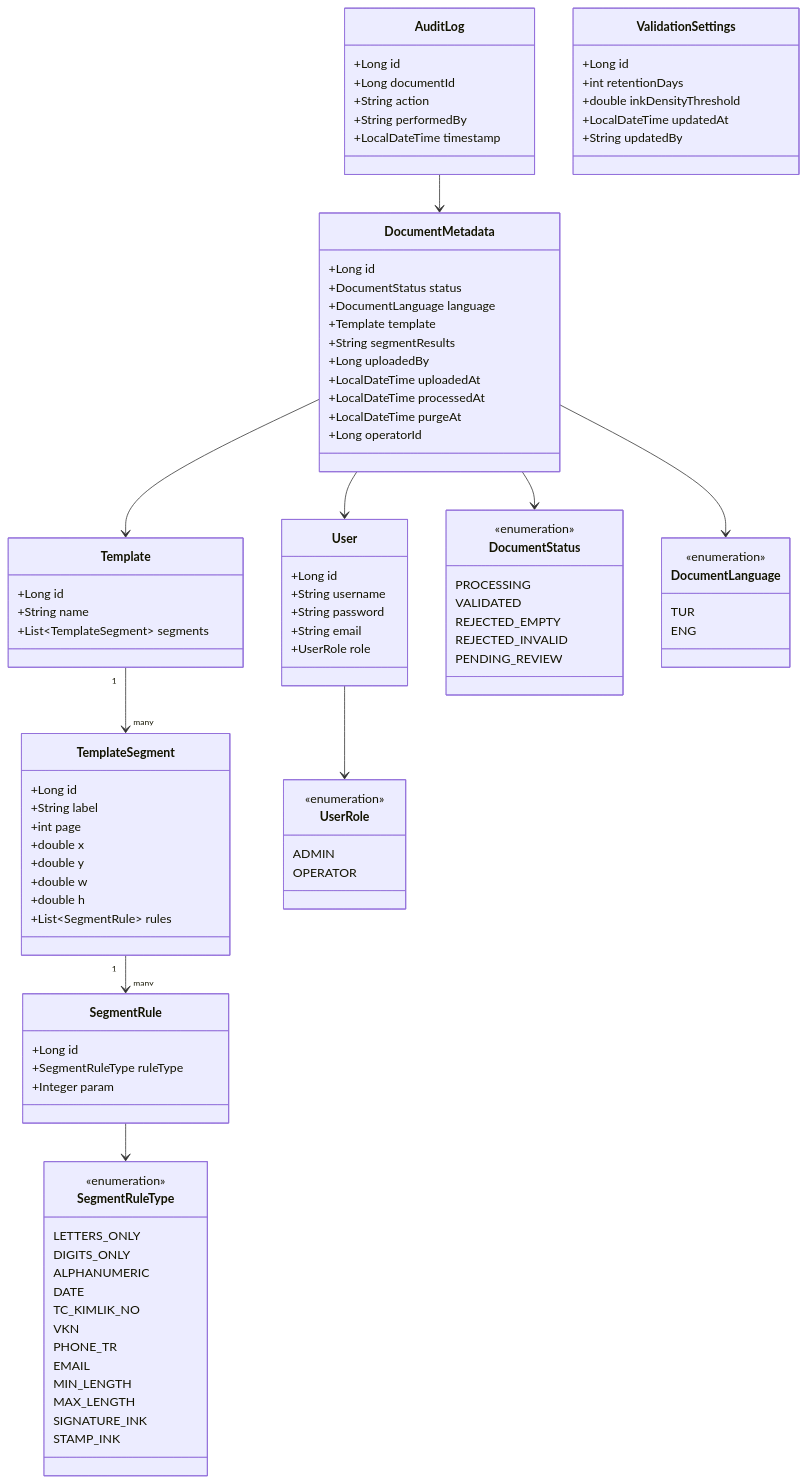
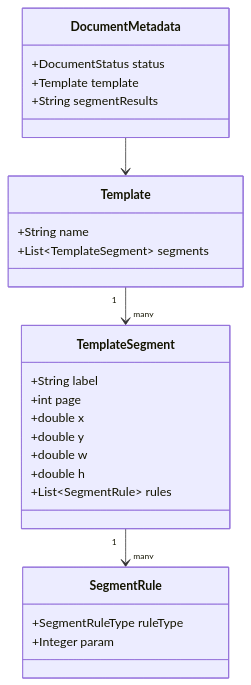
The third of 4 diagrams in SDD.md (pelinevleksiz/validdoc), drawn with Mermaid before and after one commit. The commit also changed other lines of this file and 41 other files, not shown here.

Commit message:
refactor: replace weighted template-free/templated validation with an immutable, multi-page, segment-and-rule-based template model, removing email notifications in the process

````diff
--- a/SDD.md
+++ b/SDD.md
@@ -60,31 +43,15 @@
 ```mermaid
 classDiagram
-    class User {
-        +Long id
-        +String username
-        +String password
-        +String email
-        +UserRole role
-    }
     class DocumentMetadata {
-        +Long id
         +DocumentStatus status
-        +DocumentLanguage language
         +Template template
         +String segmentResults
-        +Long uploadedBy
-        +LocalDateTime uploadedAt
-        +LocalDateTime processedAt
-        +LocalDateTime purgeAt
-        +Long operatorId
     }
     class Template {
-        +Long id
         +String name
         +List~TemplateSegment~ segments
     }
     class TemplateSegment {
-        +Long id
         +String label
         +int page
         +double x
@@ -94,64 +61,10 @@
         +List~SegmentRule~ rules
     }
     class SegmentRule {
-        +Long id
         +SegmentRuleType ruleType
         +Integer param
     }
-    class AuditLog {
-        +Long id
-        +Long documentId
-        +String action
-        +String performedBy
-        +LocalDateTime timestamp
-    }
-    class UserRole {
-        <<enumeration>>
-        ADMIN
-        OPERATOR
-    }
-    class DocumentStatus {
-        <<enumeration>>
-        PROCESSING
-        VALIDATED
-        REJECTED_EMPTY
-        REJECTED_INVALID
-        PENDING_REVIEW
-    }
-    class SegmentRuleType {
-        <<enumeration>>
-        LETTERS_ONLY
-        DIGITS_ONLY
-        ALPHANUMERIC
-        DATE
-        TC_KIMLIK_NO
-        VKN
-        PHONE_TR
-        EMAIL
-        MIN_LENGTH
-        MAX_LENGTH
-        SIGNATURE_INK
-        STAMP_INK
-    }
-    class DocumentLanguage {
-        <<enumeration>>
-        TUR
-        ENG
-    }
-    class ValidationSettings {
-        +Long id
-        +int retentionDays
-        +double inkDensityThreshold
-        +LocalDateTime updatedAt
-        +String updatedBy
-    }
-    User --> UserRole
-    DocumentMetadata --> DocumentStatus
-    DocumentMetadata --> DocumentLanguage
-    DocumentMetadata --> Template
-    DocumentMetadata --> User
     Template "1" --> "many" TemplateSegment
     TemplateSegment "1" --> "many" SegmentRule
-    SegmentRule --> SegmentRuleType
-    AuditLog --> DocumentMetadata
+    DocumentMetadata --> Template
 ```
````
